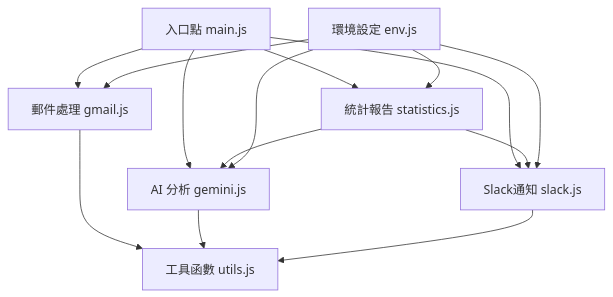
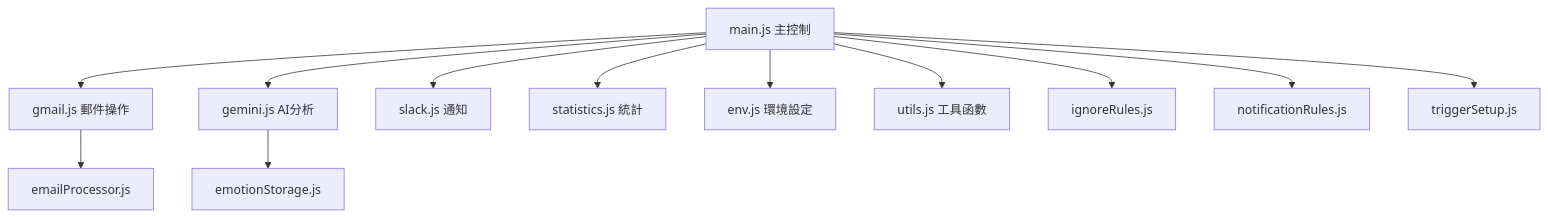
Before and after one commit to ctyeh/Gmail-Keyword-Alerts-AppsScript: the third of 3 diagrams in README.md, drawn with Mermaid. The commit also changed other lines of this file and 23 other files, not shown here.

First line of the commit message:
feat: Add email processing and notification modules

````diff
--- a/README.md
+++ b/README.md
@@ -31,16 +343,15 @@
 ```mermaid
 graph TD
-    A[入口點 main.js] --> B[郵件處理 gmail.js]
-    A --> C[AI 分析 gemini.js]
-    A --> D[Slack通知 slack.js]
-    A --> E[統計報告 statistics.js]
-    B --> F[工具函數 utils.js]
-    C --> F
-    D --> F
-    E --> C
-    E --> D
-    G[環境設定 env.js] --> B
-    G --> C
-    G --> D
-    G --> E
+    Main[main.js 主控制] --> Gmail[gmail.js 郵件操作]
+    Main --> Gemini[gemini.js AI分析]
+    Main --> Slack[slack.js 通知]
+    Main --> Stats[statistics.js 統計]
+    Main --> Env[env.js 環境設定]
+    Main --> Utils[utils.js 工具函數]
+    
+    Gmail --> EP[emailProcessor.js]
+    Gemini --> ES[emotionStorage.js]
+    Main --> IR[ignoreRules.js]
+    Main --> NR[notificationRules.js]
+    Main --> TS[triggerSetup.js]
 ```
````
